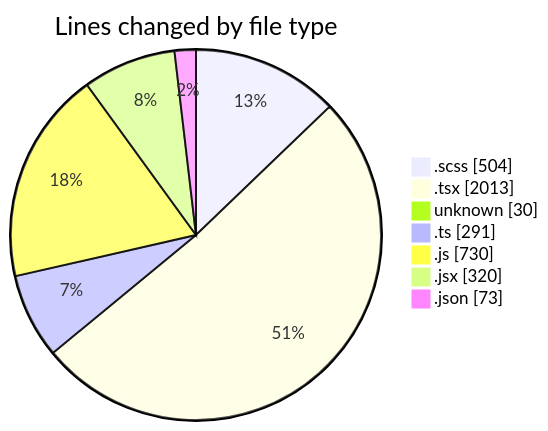
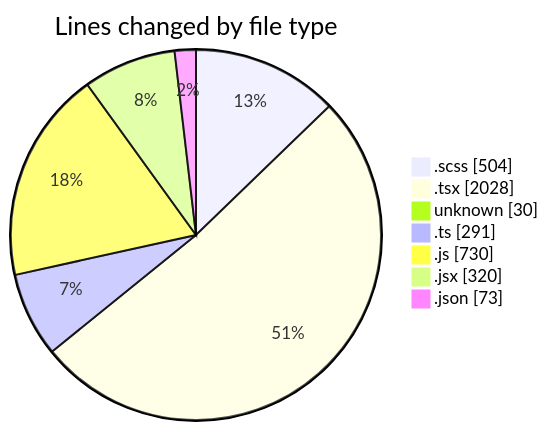
One commit to momahboobian/code-tracking changed the first of 2 diagrams in 2025-03-05/cda/README.md. Above: the diagram before and after it, drawn with Mermaid. The commit also changed other lines of this file and 1 other file, not shown here.

````diff
--- a/2025-03-05/cda/README.md
+++ b/2025-03-05/cda/README.md
@@ -45,11 +45,11 @@
 ```mermaid
 pie showData
 title Lines changed by file type
 ".scss" : 504
-".tsx" : 2013
+".tsx" : 2028
 "unknown" : 30
 ".ts" : 291
 ".js" : 730
 ".jsx" : 320
 ".json" : 73
 ```
````
